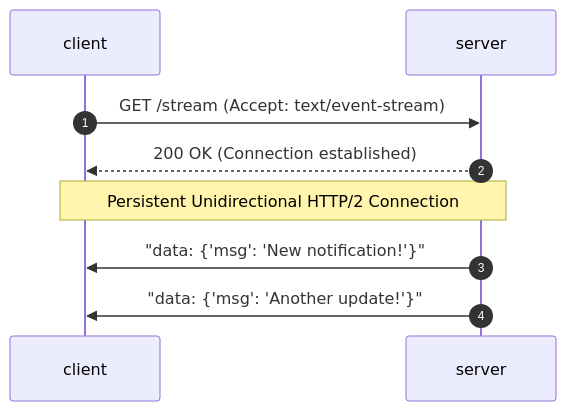
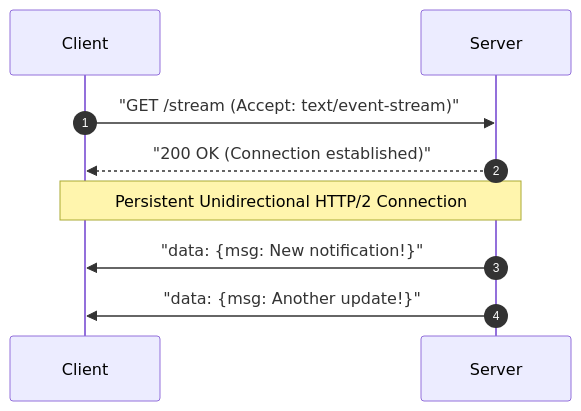
One commit to weifengcao/deep_system_design changed the third of 7 diagrams in Patterns/01_realtime_updates.md. Above: the diagram before and after it, drawn with Mermaid. The commit also changed other lines of this file and 1 other file, not shown here.

First line of the commit message:
fix: resolve remaining Mermaid rendering issues in 01 and 02

````diff
--- a/Patterns/01_realtime_updates.md
+++ b/Patterns/01_realtime_updates.md
@@ -78,9 +82,11 @@
 ```mermaid
 sequenceDiagram
     autonumber
-    client->>server: GET /stream (Accept: text/event-stream)
-    server-->>client: 200 OK (Connection established)
+    participant client as Client
+    participant server as Server
+    client->>server: "GET /stream (Accept: text/event-stream)"
+    server-->>client: "200 OK (Connection established)"
     Note over client,server: Persistent Unidirectional HTTP/2 Connection
-    server->>client: "data: {'msg': 'New notification!'}"
-    server->>client: "data: {'msg': 'Another update!'}"
+    server->>client: "data: {msg: New notification!}"
+    server->>client: "data: {msg: Another update!}"
 ```
````
